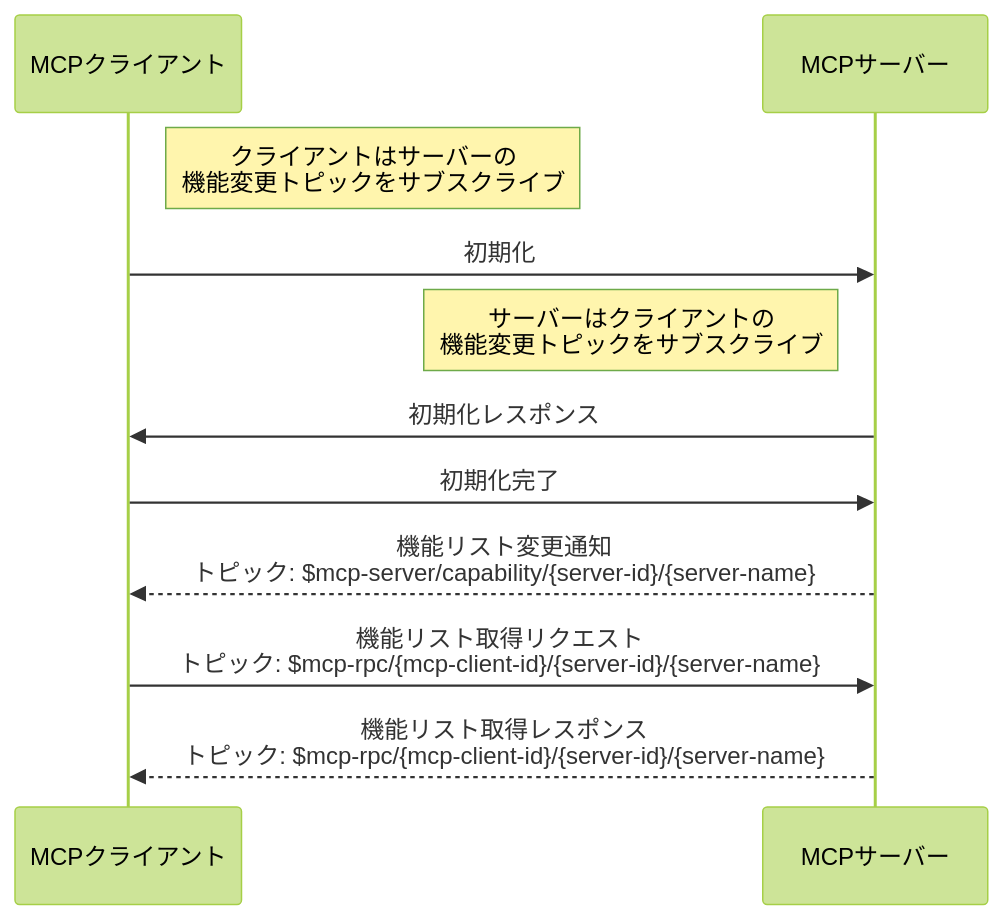
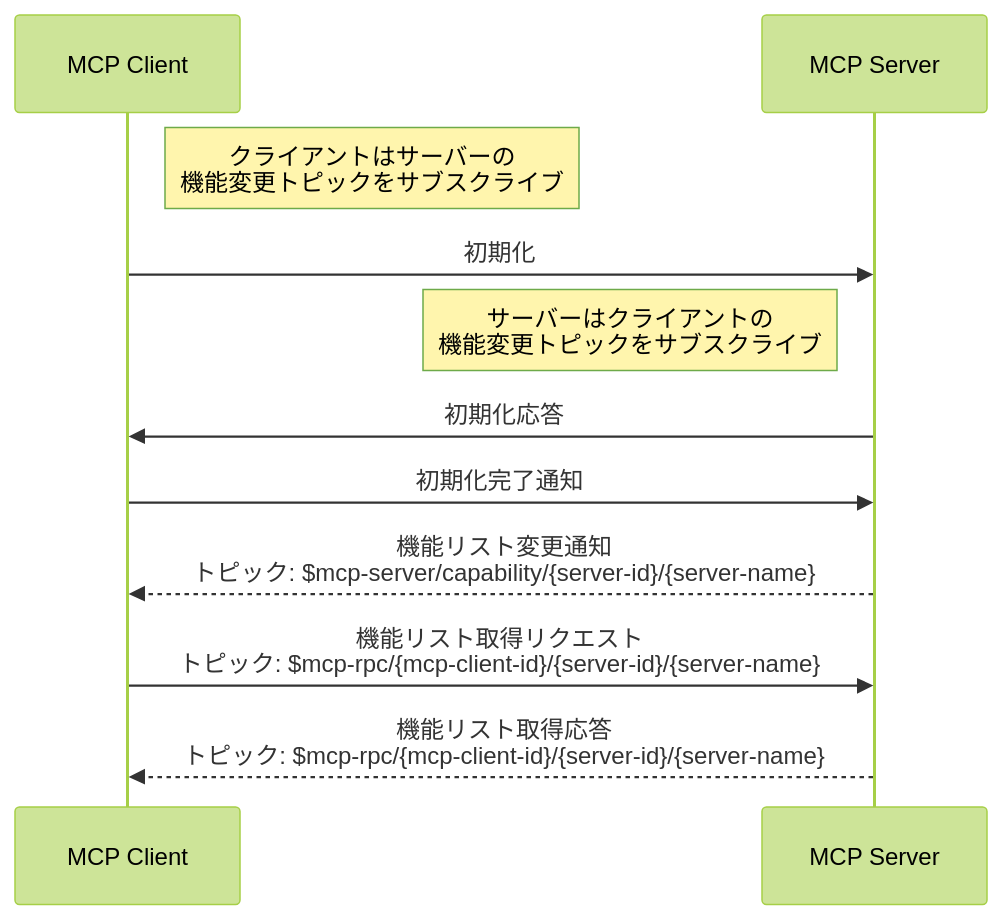
The third of 4 diagrams in ja_JP/emqx-ai/mcp-over-mqtt/specification.md (emqx/emqx-docs), drawn with Mermaid (forest theme) before and after one commit. The commit also changed other lines of this file and 340 other files, not shown here.

````diff
--- a/ja_JP/emqx-ai/mcp-over-mqtt/specification.md
+++ b/ja_JP/emqx-ai/mcp-over-mqtt/specification.md
@@ -332,18 +331,18 @@
 ```mermaid
 sequenceDiagram
-    participant MCP_Client as MCPクライアント
-    participant MCP_Server as MCPサーバー
+    participant MCP_Client as MCP Client
+    participant MCP_Server as MCP Server
 
     Note right of MCP_Client: クライアントはサーバーの<br/>機能変更トピックをサブスクライブ
     MCP_Client ->> MCP_Server: 初期化
 
     Note left of MCP_Server: サーバーはクライアントの<br/>機能変更トピックをサブスクライブ
-    MCP_Server ->> MCP_Client: 初期化レスポンス
-    MCP_Client ->> MCP_Server: 初期化完了
+    MCP_Server ->> MCP_Client: 初期化応答
+    MCP_Client ->> MCP_Server: 初期化完了通知
 
     MCP_Server -->> MCP_Client: 機能リスト変更通知<br/>トピック: $mcp-server/capability/{server-id}/{server-name}
 
     MCP_Client ->> MCP_Server: 機能リスト取得リクエスト<br/>トピック: $mcp-rpc/{mcp-client-id}/{server-id}/{server-name}
 
-    MCP_Server -->> MCP_Client: 機能リスト取得レスポンス<br/>トピック: $mcp-rpc/{mcp-client-id}/{server-id}/{server-name}
+    MCP_Server -->> MCP_Client: 機能リスト取得応答<br/>トピック: $mcp-rpc/{mcp-client-id}/{server-id}/{server-name}
 ```
````
